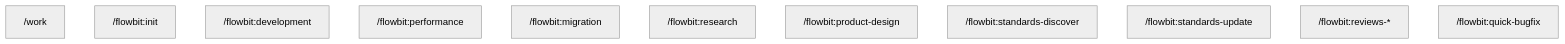
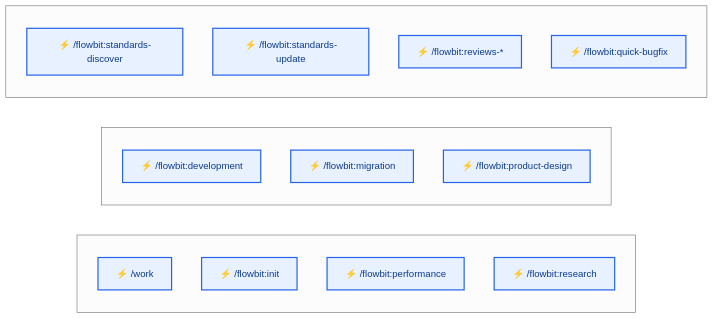
The first of 7 diagrams in docs/flow/overview.md (plucins/flowbit), drawn with Mermaid (neutral theme) before and after one commit. The commit also changed other lines of this file and 1 other file, not shown here.

Commit message:
Enhance mermaid diagrams with icons and improved formatting in overview and workflows documentation

````diff
--- a/docs/flow/overview.md
+++ b/docs/flow/overview.md
@@ -24,14 +24,28 @@
 ```mermaid
-graph TD
-  WORK["/work"]
-  INIT["/flowbit:init"]
-  DEV["/flowbit:development"]
-  PERF["/flowbit:performance"]
-  MIG["/flowbit:migration"]
-  RES["/flowbit:research"]
-  PD["/flowbit:product-design"]
-  STD_DISC["/flowbit:standards-discover"]
-  STD_UPD["/flowbit:standards-update"]
-  REV["/flowbit:reviews-*"]
-  QBUG["/flowbit:quick-bugfix"]
+graph LR
+  subgraph C1[" "]
+    direction TB
+    WORK["⚡ /work"]
+    INIT["⚡ /flowbit:init"]
+    PERF["⚡ /flowbit:performance"]
+    RES["⚡ /flowbit:research"]
+  end
+
+  subgraph C2[" "]
+    direction TB
+    DEV["⚡ /flowbit:development"]
+    MIG["⚡ /flowbit:migration"]
+    PD["⚡ /flowbit:product-design"]
+  end
+
+  subgraph C3[" "]
+    direction TB
+    STD_DISC["⚡ /flowbit:standards-discover"]
+    STD_UPD["⚡ /flowbit:standards-update"]
+    REV["⚡ /flowbit:reviews-*"]
+    QBUG["⚡ /flowbit:quick-bugfix"]
+  end
+
+  classDef cmd fill:#E8F1FF,stroke:#2563EB,stroke-width:2px,color:#0B3A8F;
+  class WORK,INIT,DEV,PERF,MIG,RES,PD,STD_DISC,STD_UPD,REV,QBUG cmd;
 ```
````
